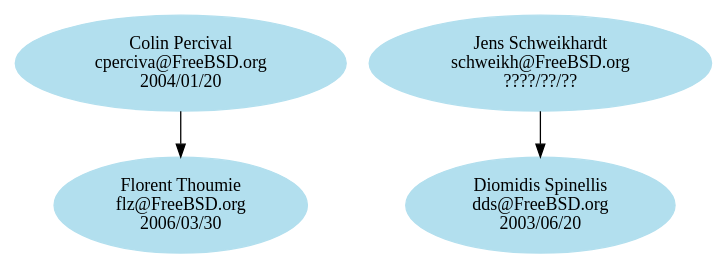
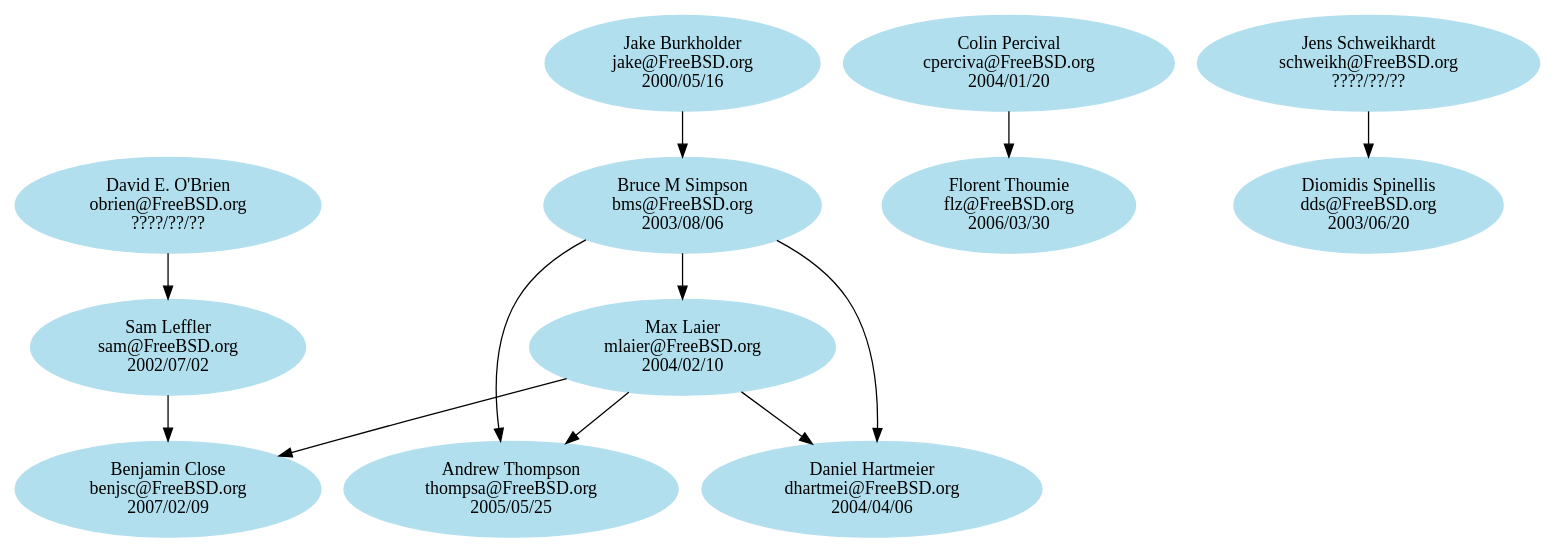
Before and after one commit to kelvinyu/unix-history-repo: the diagram in share/misc/committers-src.dot, drawn with Graphviz.

Commit message:
Add myself + offspring, grand- and co-mentors.

```diff
--- a/share/misc/committers-src.dot
+++ b/share/misc/committers-src.dot
@@ -1,40 +1,62 @@
 # $FreeBSD$
 
 digraph src {
 
 # Node definitions follow this example:
 #
 #   foo [label="Foo Bar\nfoo@FreeBSD.org\n????/??/??"]
 #
 # ????/??/?? is the date when the commit bit was obtained, usually the one you
 # can find looking at CVS logs for the access (or avail) file under CVSROOT.
 #
 # For returned commit bits, the node definition will follow this example:
 #
 #   foo [label="Foo Bar\nfoo@FreeBSD.org\n????/??/??\n????/??/??"]
 #
 # The first date is the same as for an active committer, the second date is
 # the date when the commit bit has been returned. Again, check CVS logs.
 
 node [color=grey62, style=filled, bgcolor=black];
 
 # Alumni go here.. Try to keep things sorted.
 
 node [color=lightblue2, style=filled, bgcolor=black];
 
 # Current src committers go here. Try to keep things sorted.
 
+benjsc [label="Benjamin Close\nbenjsc@FreeBSD.org\n2007/02/09"]
+bms [label="Bruce M Simpson\nbms@FreeBSD.org\n2003/08/06"]
 cperciva [label="Colin Percival\ncperciva@FreeBSD.org\n2004/01/20"]
 dds [label="Diomidis Spinellis\ndds@FreeBSD.org\n2003/06/20"]
+dhartmei [label="Daniel Hartmeier\ndhartmei@FreeBSD.org\n2004/04/06"]
 flz [label="Florent Thoumie\nflz@FreeBSD.org\n2006/03/30"]
+jake [label="Jake Burkholder\njake@FreeBSD.org\n2000/05/16"]
+mlaier [label="Max Laier\nmlaier@FreeBSD.org\n2004/02/10"]
+obrien [label="David E. O'Brien\nobrien@FreeBSD.org\n????/??/??"]
+sam [label="Sam Leffler\nsam@FreeBSD.org\n2002/07/02"]
 schweikh [label="Jens Schweikhardt\nschweikh@FreeBSD.org\n????/??/??"]
+thompsa [label="Andrew Thompson\nthompsa@FreeBSD.org\n2005/05/25"]
 
 # Here are the mentor/mentee relationships.
 # Group together all the mentees for a particular mentor.
 # Keep the list sorted by mentor login.
 
 cperciva -> flz
 
+bms -> mlaier
+bms -> dhartmei
+bms -> thompsa
+
+jake -> bms
+
+mlaier -> benjsc
+mlaier -> dhartmei
+mlaier -> thompsa
+
+obrien -> sam
+
+sam -> benjsc
+
 schweikh -> dds
 
 }
```
